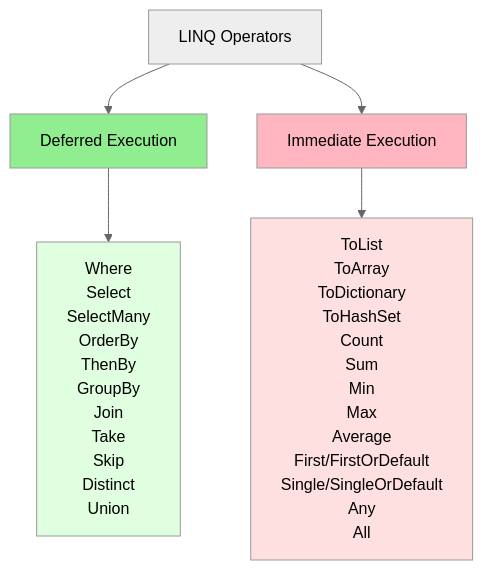
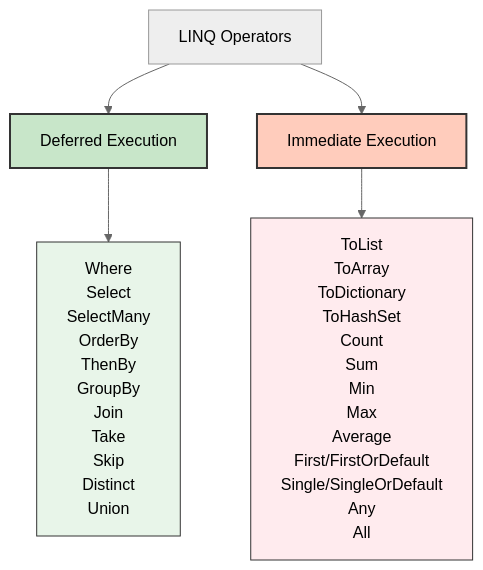
The fourth of 9 diagrams in C# fundamentals/day04-linq-patterns.md (NguyenPhamCode4You/ai-home-lab-docker-compose), drawn with Mermaid (neutral theme) before and after one commit. The commit also changed other lines of this file and 10 other files, not shown here.

````diff
--- a/C# fundamentals/day04-linq-patterns.md
+++ b/C# fundamentals/day04-linq-patterns.md
@@ -242,14 +242,14 @@
 ```mermaid
 graph TB
     A[LINQ Operators] --> B[Deferred Execution]
     A --> C[Immediate Execution]
 
     B --> B1[Where<br/>Select<br/>SelectMany<br/>OrderBy<br/>ThenBy<br/>GroupBy<br/>Join<br/>Take<br/>Skip<br/>Distinct<br/>Union]
 
     C --> C1[ToList<br/>ToArray<br/>ToDictionary<br/>ToHashSet<br/>Count<br/>Sum<br/>Min<br/>Max<br/>Average<br/>First/FirstOrDefault<br/>Single/SingleOrDefault<br/>Any<br/>All]
 
-    style B fill:#90EE90
-    style C fill:#FFB6C1
-    style B1 fill:#E0FFE0
-    style C1 fill:#FFE0E0
+    style B fill:#c8e6c9,stroke:#333,stroke-width:2px
+    style C fill:#ffccbc,stroke:#333,stroke-width:2px
+    style B1 fill:#e8f5e9,stroke:#333,stroke-width:1px
+    style C1 fill:#ffebee,stroke:#333,stroke-width:1px
 ```
````
